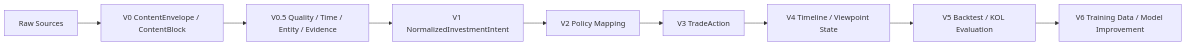
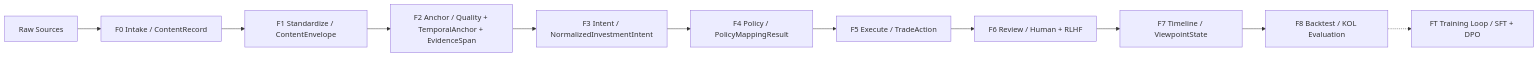
One commit to kelipovanatalja453-bot/finer changed the diagram in README.md. Above: the diagram before and after it, drawn with Mermaid. The commit also changed other lines of this file and 7 other files, not shown here.

````diff
--- a/README.md
+++ b/README.md
@@ -192,11 +200,13 @@
 ```mermaid
 flowchart LR
-    S0[Raw Sources] --> V0[V0 ContentEnvelope / ContentBlock]
-    V0 --> V05[V0.5 Quality / Time / Entity / Evidence]
-    V05 --> V1[V1 NormalizedInvestmentIntent]
-    V1 --> V2[V2 Policy Mapping]
-    V2 --> V3[V3 TradeAction]
-    V3 --> V4[V4 Timeline / Viewpoint State]
-    V4 --> V5[V5 Backtest / KOL Evaluation]
-    V5 --> V6[V6 Training Data / Model Improvement]
+    S0[Raw Sources] --> F0[F0 Intake / ContentRecord]
+    F0 --> F1[F1 Standardize / ContentEnvelope]
+    F1 --> F2[F2 Anchor / Quality + TemporalAnchor + EvidenceSpan]
+    F2 --> F3[F3 Intent / NormalizedInvestmentIntent]
+    F3 --> F4[F4 Policy / PolicyMappingResult]
+    F4 --> F5[F5 Execute / TradeAction]
+    F5 --> F6[F6 Review / Human + RLHF]
+    F6 --> F7[F7 Timeline / ViewpointState]
+    F7 --> F8[F8 Backtest / KOL Evaluation]
+    F8 -.-> FT[FT Training Loop / SFT + DPO]
 ```
````
